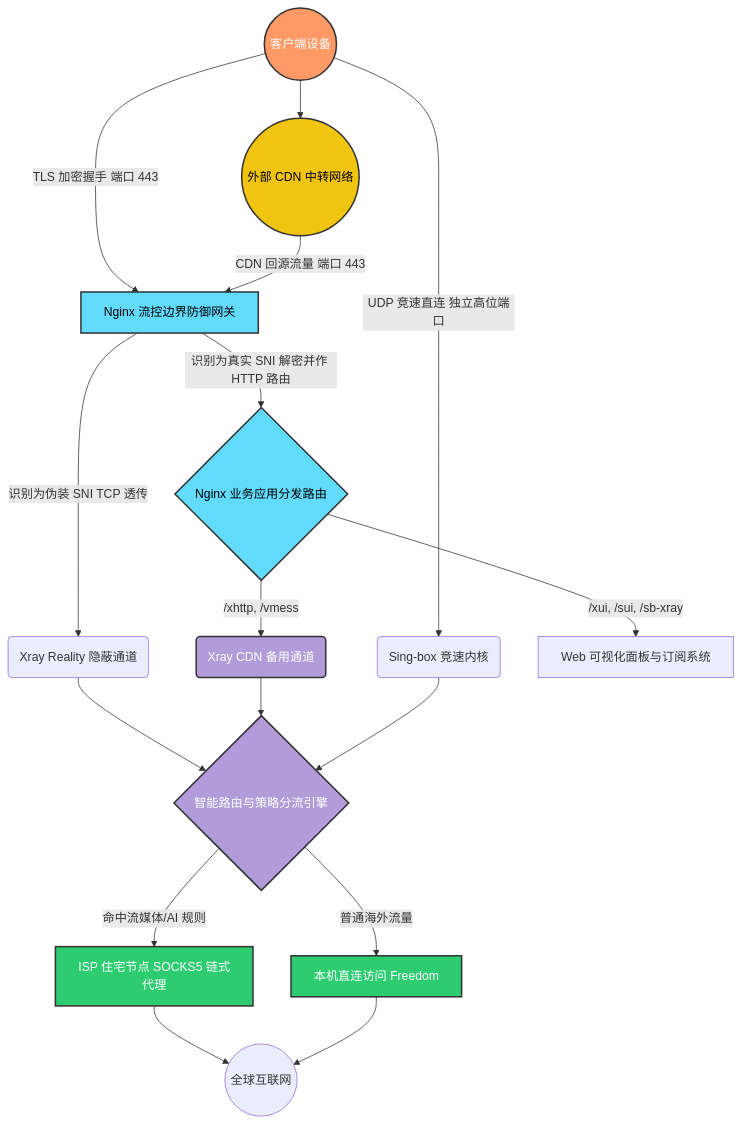
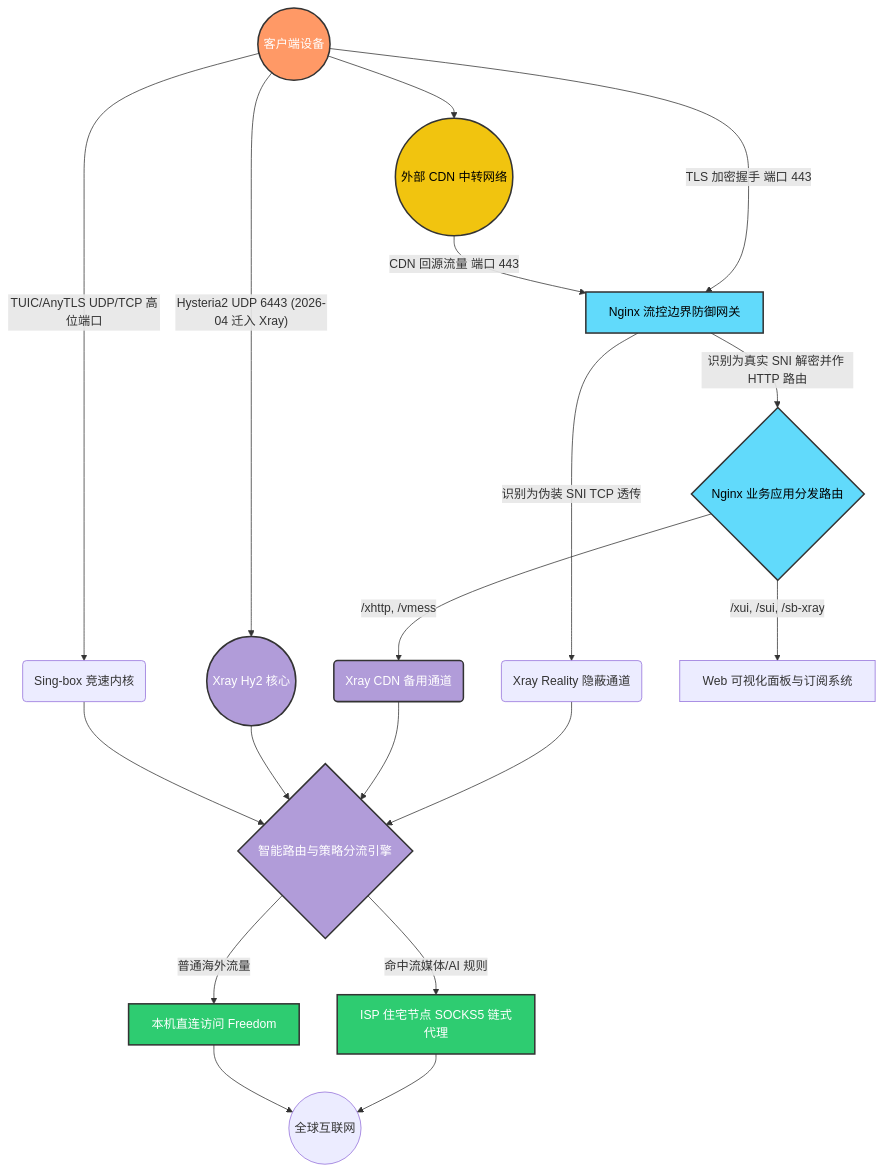
Before and after one commit to currycan/sb-xray: the diagram in readme.md, drawn with Mermaid. The commit also changed other lines of this file and 24 other files, not shown here.

````diff
--- a/readme.md
+++ b/readme.md
@@ -44,32 +44,34 @@
 ```mermaid
 graph TD
     classDef client fill:#f96,stroke:#333,stroke-width:2px,color:white
     classDef gateway fill:#61dafb,stroke:#333,stroke-width:2px,color:black
     classDef core fill:#b19cd9,stroke:#333,stroke-width:2px,color:white
     classDef cdn fill:#f1c40f,stroke:#333,stroke-width:2px,color:black
     classDef dest fill:#2ecc71,stroke:#333,stroke-width:2px,color:white
 
     User((客户端设备)):::client
     Cloudflare((外部 CDN 中转网络)):::cdn
 
     User -->|"TLS 加密握手 端口 443"| Nginx["Nginx 流控边界防御网关"]:::gateway
-    User -->|"UDP 竞速直连 独立高位端口"| Singbox("Sing-box 竞速内核")
+    User -->|"Hysteria2 UDP 6443 (2026-04 迁入 Xray)"| XrayHy2(("Xray Hy2 核心")):::core
+    User -->|"TUIC/AnyTLS UDP/TCP 高位端口"| Singbox("Sing-box 竞速内核")
     User --> Cloudflare
     Cloudflare -->|"CDN 回源流量 端口 443"| Nginx
 
     Nginx -->|"识别为伪装 SNI TCP 透传"| XrayReality("Xray Reality 隐蔽通道")
     Nginx -->|"识别为真实 SNI 解密并作 HTTP 路由"| PanelRouter{"Nginx 业务应用分发路由"}:::gateway
 
     PanelRouter -->|"/xhttp, /vmess"| XrayCDN("Xray CDN 备用通道"):::core
     PanelRouter -->|"/xui, /sui, /sb-xray"| Panels["Web 可视化面板与订阅系统"]
 
     XrayReality --> RoutingEngine{"智能路由与策略分流引擎"}:::core
     XrayCDN --> RoutingEngine
+    XrayHy2 --> RoutingEngine
     Singbox --> RoutingEngine:::core
 
     RoutingEngine -->|"命中流媒体/AI 规则"| ISP["ISP 住宅节点 SOCKS5 链式代理"]:::dest
     RoutingEngine -->|"普通海外流量"| Direct["本机直连访问 Freedom"]:::dest
 
     ISP --> WebOut((全球互联网))
     Direct --> WebOut
 ```
````
